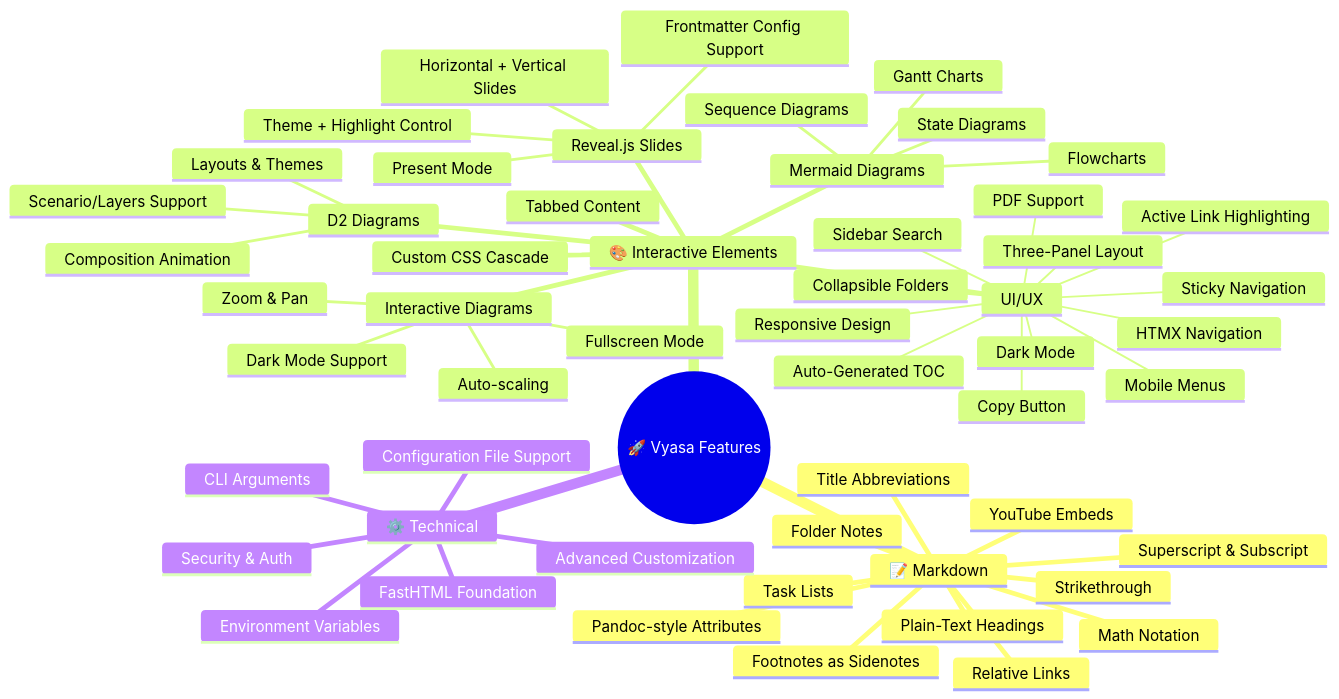
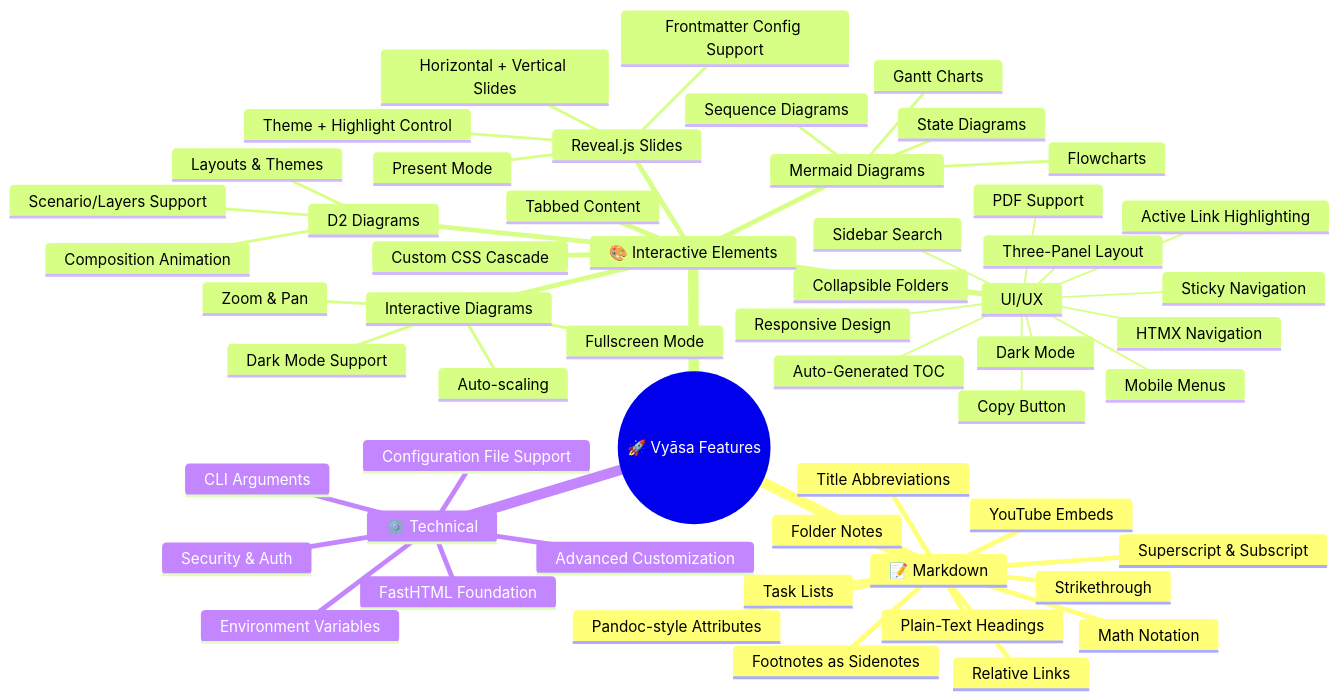
One commit to sizhky/vyasa changed the diagram in README.md. Above: the diagram before and after it, drawn with Mermaid. The commit also changed other lines of this file and 29 other files, not shown here.

First line of the commit message:
Add comprehensive documentation and styling for Vyasa features

````diff
--- a/README.md
+++ b/README.md
@@ -50,58 +56,58 @@
 ```mermaid
 mindmap
-  root((🚀 Vyasa Features))
+  root((🚀 Vyāsa Features))
     📝 Markdown
       Footnotes as Sidenotes
       YouTube Embeds
       Task Lists
       Math Notation
       Superscript & Subscript
       Strikethrough
       Relative Links
       Plain-Text Headings
       Pandoc-style Attributes
       Title Abbreviations
       Folder Notes
     🎨 Interactive Elements
       Reveal.js Slides
         Present Mode
         Horizontal + Vertical Slides
         Frontmatter Config Support
         Theme + Highlight Control
       Mermaid Diagrams
         Flowcharts
         Sequence Diagrams
         State Diagrams
         Gantt Charts
       D2 Diagrams
         Layouts & Themes
         Composition Animation
         Scenario/Layers Support
       Interactive Diagrams
         Zoom & Pan
         Fullscreen Mode
         Dark Mode Support
         Auto-scaling
       Tabbed Content
       Custom CSS Cascade
      UI/UX
       Responsive Design
       Dark Mode
       Three-Panel Layout
       HTMX Navigation
       Collapsible Folders
       Sidebar Search
       Auto-Generated TOC
       Mobile Menus
       Sticky Navigation
       Active Link Highlighting
       PDF Support
       Copy Button
     ⚙️ Technical
       FastHTML Foundation
       Configuration File Support
       CLI Arguments
       Environment Variables
       Security & Auth
       Advanced Customization
 ```
````
